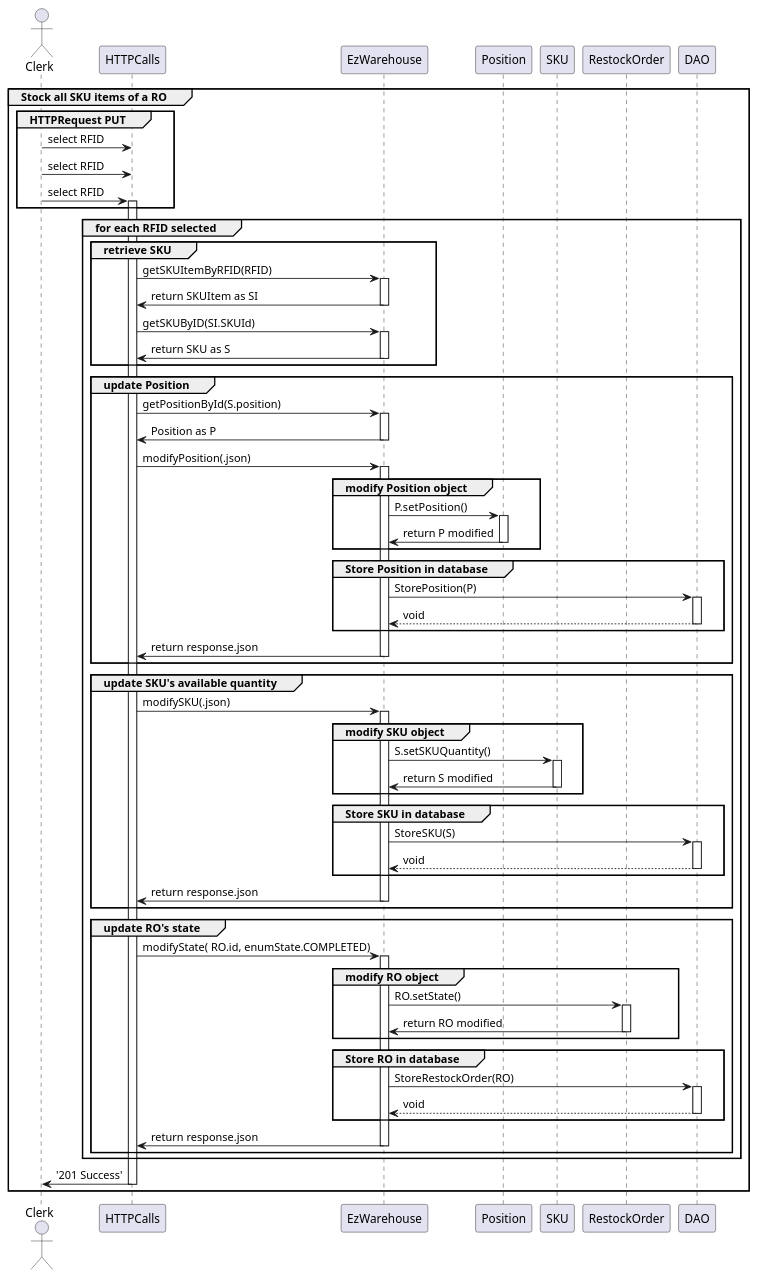
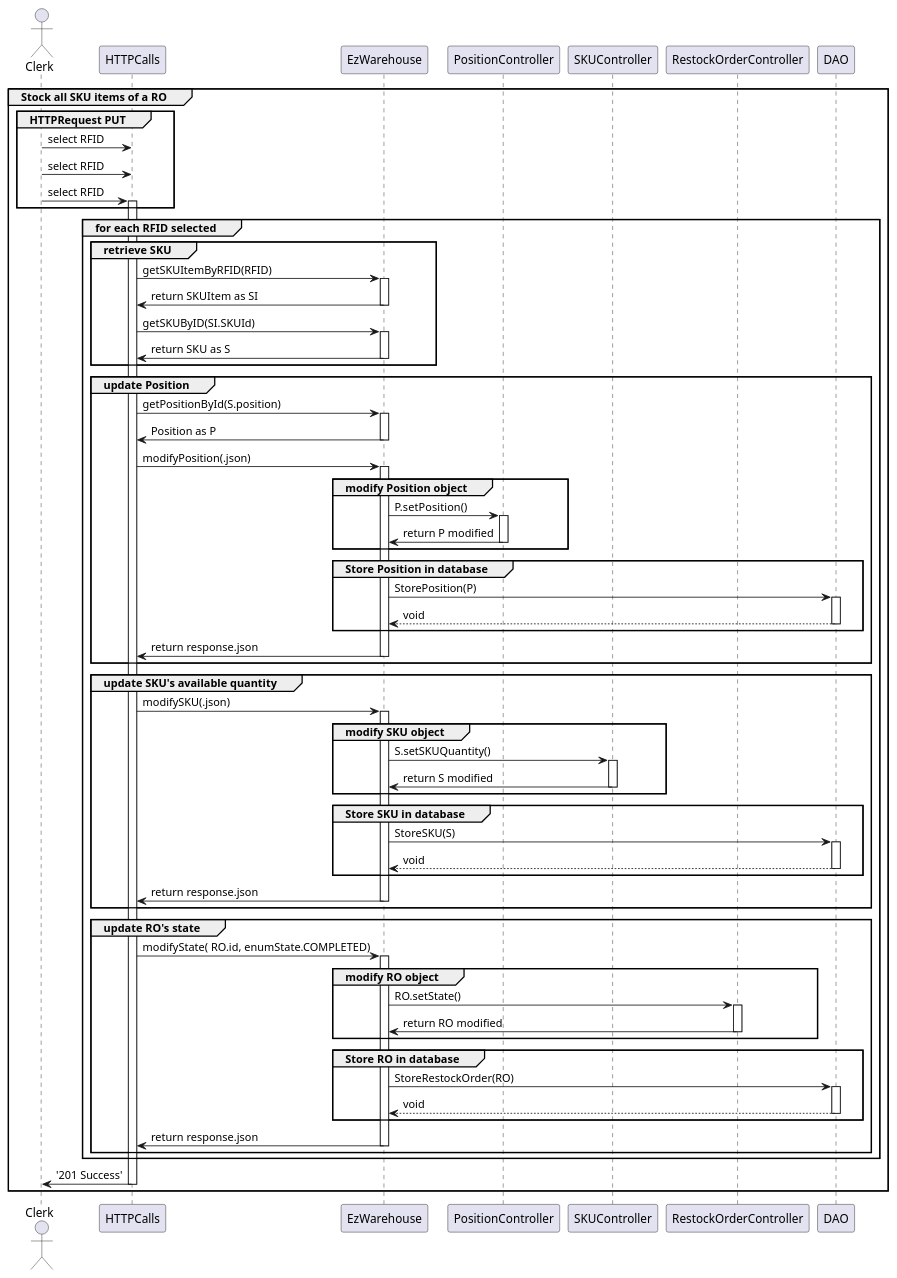
Before and after one commit to DavideArcolini/SoftEng_garbageCollector: diagram 12 of 19 in DesignDocument.md, drawn with PlantUML. The commit also changed other lines of this file and 5 other files, not shown here.

```diff
--- a/DesignDocument.md
+++ b/DesignDocument.md
@@ -741,9 +747,9 @@
 actor Clerk
 participant HTTPCalls as HTTPCalls
 participant EzWarehouse as EzWarehouse
-participant Position as Position
-participant SKU as SKU
-participant RestockOrder
+participant PositionController as Position
+participant SKUController as SKU
+participant RestockOrderController as RestockOrder
 participant DAO as DAO
 group HTTPRequest PUT
 Clerk -> HTTPCalls : select RFID
```
